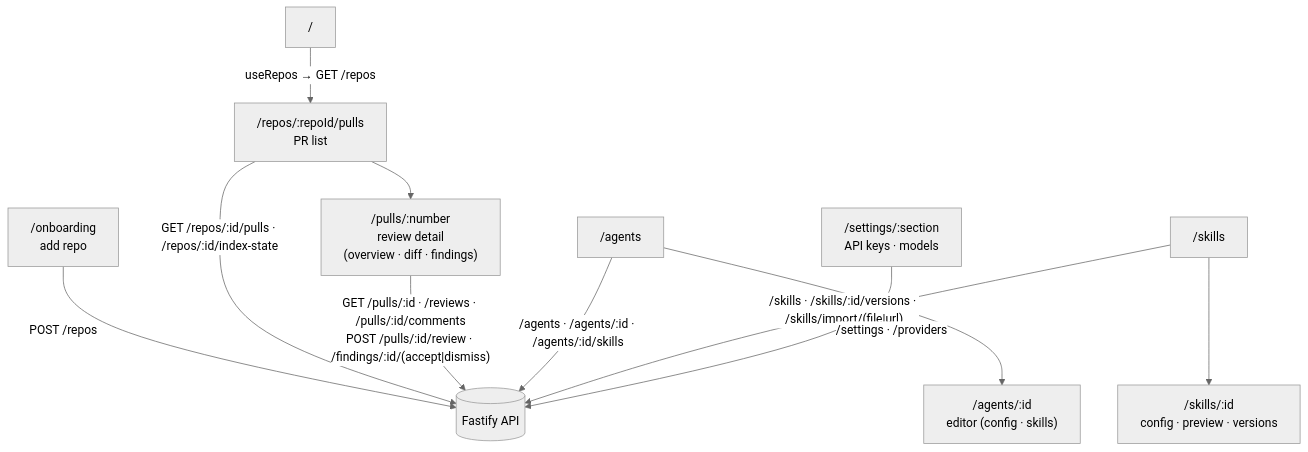
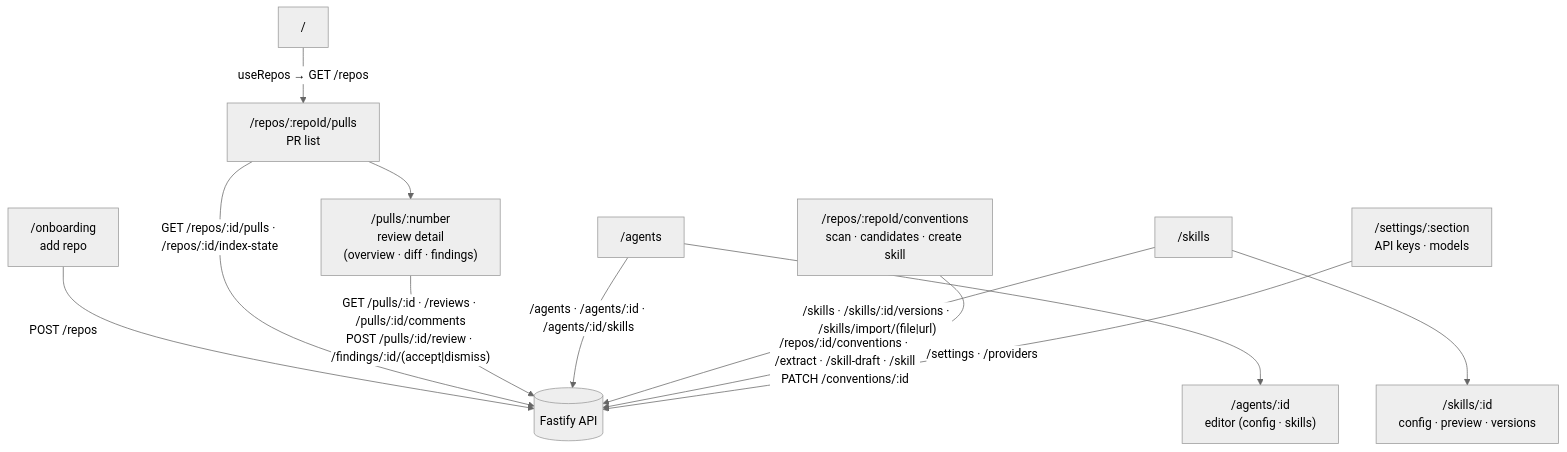
One commit to yrazub/dev-digest changed the diagram in client/README.md. Above: the diagram before and after it, drawn with Mermaid (neutral theme). The commit also changed 12 other files, not shown here.

Commit message:
test(e2e): add conventions flow and seed fixtures, mark L02 conventions done

````diff
--- a/client/README.md
+++ b/client/README.md
@@ -24,16 +24,18 @@
 ```mermaid
 flowchart TD
   ROOT["/"] -->|"useRepos → GET /repos"| PULLS["/repos/:repoId/pulls<br/>PR list"]
   ONB["/onboarding<br/>add repo"] -->|"POST /repos"| API[("Fastify API")]
   PULLS --> PR["/pulls/:number<br/>review detail<br/>(overview · diff · findings)"]
 
   AGENTS["/agents"] --> AGENT["/agents/:id<br/>editor (config · skills)"]
   SKILLS["/skills"] --> SKILL["/skills/:id<br/>config · preview · versions"]
+  CONV["/repos/:repoId/conventions<br/>scan · candidates · create skill"]
   SETTINGS["/settings/:section<br/>API keys · models"]
 
   PULLS -->|"GET /repos/:id/pulls · /repos/:id/index-state"| API
   PR -->|"GET /pulls/:id · /reviews · /pulls/:id/comments<br/>POST /pulls/:id/review · /findings/:id/(accept|dismiss)"| API
   AGENTS -->|"/agents · /agents/:id · /agents/:id/skills"| API
   SKILLS -->|"/skills · /skills/:id/versions · /skills/import/(file|url)"| API
+  CONV -->|"/repos/:id/conventions · /extract · /skill-draft · /skill<br/>PATCH /conventions/:id"| API
   SETTINGS -->|"/settings · /providers"| API
 ```
````
